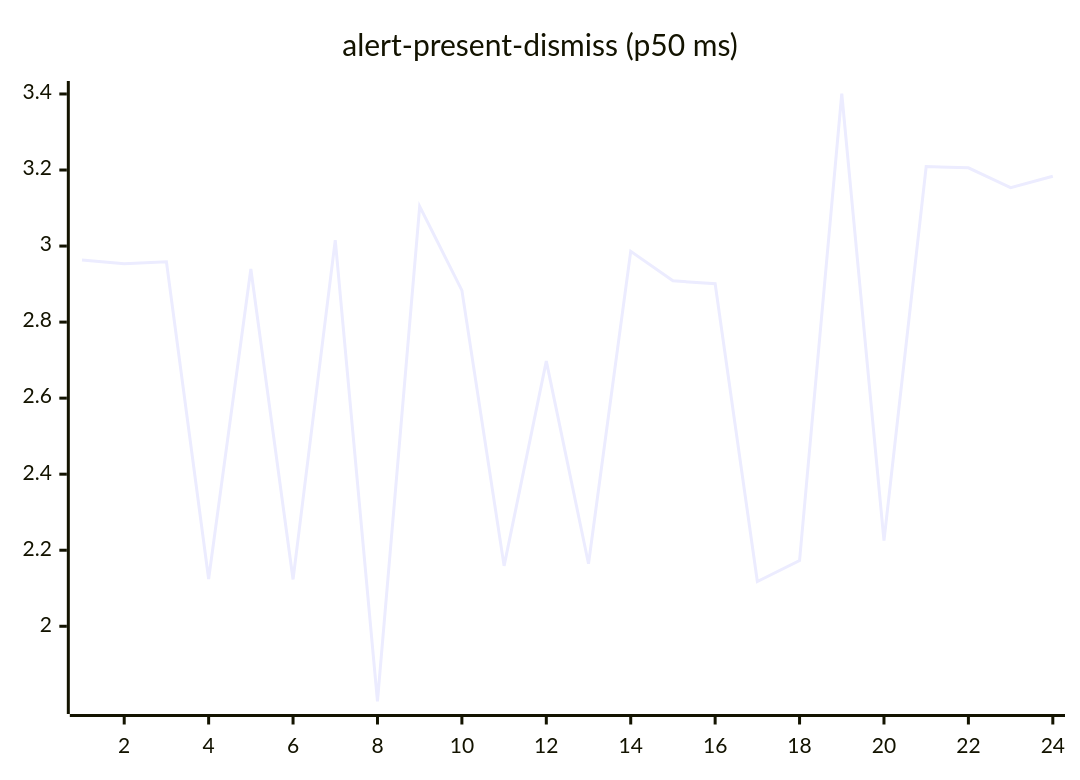
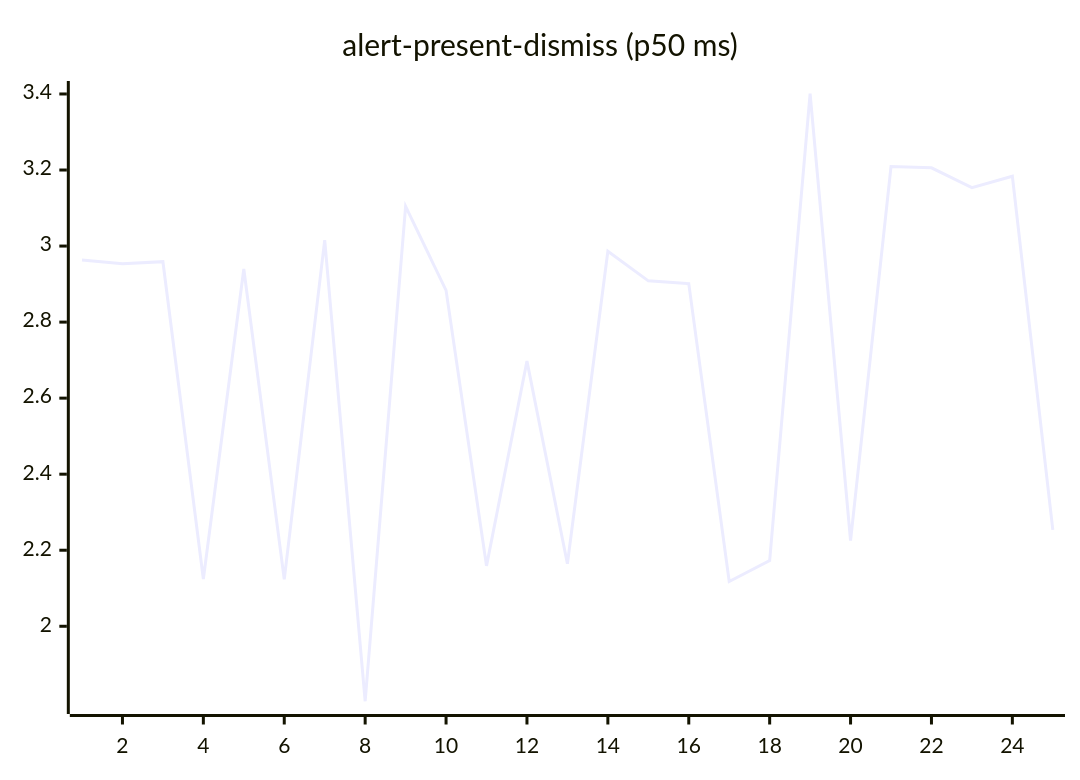
One commit to josha/Facet changed the second of 27 diagrams in README.md. Above: the diagram before and after it, drawn with Mermaid. The commit also changed other lines of this file and 2 other files, not shown here.

````diff
--- a/README.md
+++ b/README.md
@@ -70,6 +70,6 @@
 ```mermaid
 xychart-beta
     title "alert-present-dismiss (p50 ms)"
-    x-axis 1 --> 24
-    line [2.9632, 2.9538, 2.9589, 2.1244, 2.9396, 2.1232, 3.0157, 1.8028, 3.1043, 2.8834, 2.1588, 2.6974, 2.1643, 2.9862, 2.9085, 2.9011, 2.1177, 2.1729, 3.4006, 2.2253, 3.2090, 3.2058, 3.1536, 3.1837]
+    x-axis 1 --> 25
+    line [2.9632, 2.9538, 2.9589, 2.1244, 2.9396, 2.1232, 3.0157, 1.8028, 3.1043, 2.8834, 2.1588, 2.6974, 2.1643, 2.9862, 2.9085, 2.9011, 2.1177, 2.1729, 3.4006, 2.2253, 3.2090, 3.2058, 3.1536, 3.1837, 2.2536]
 ```
````
